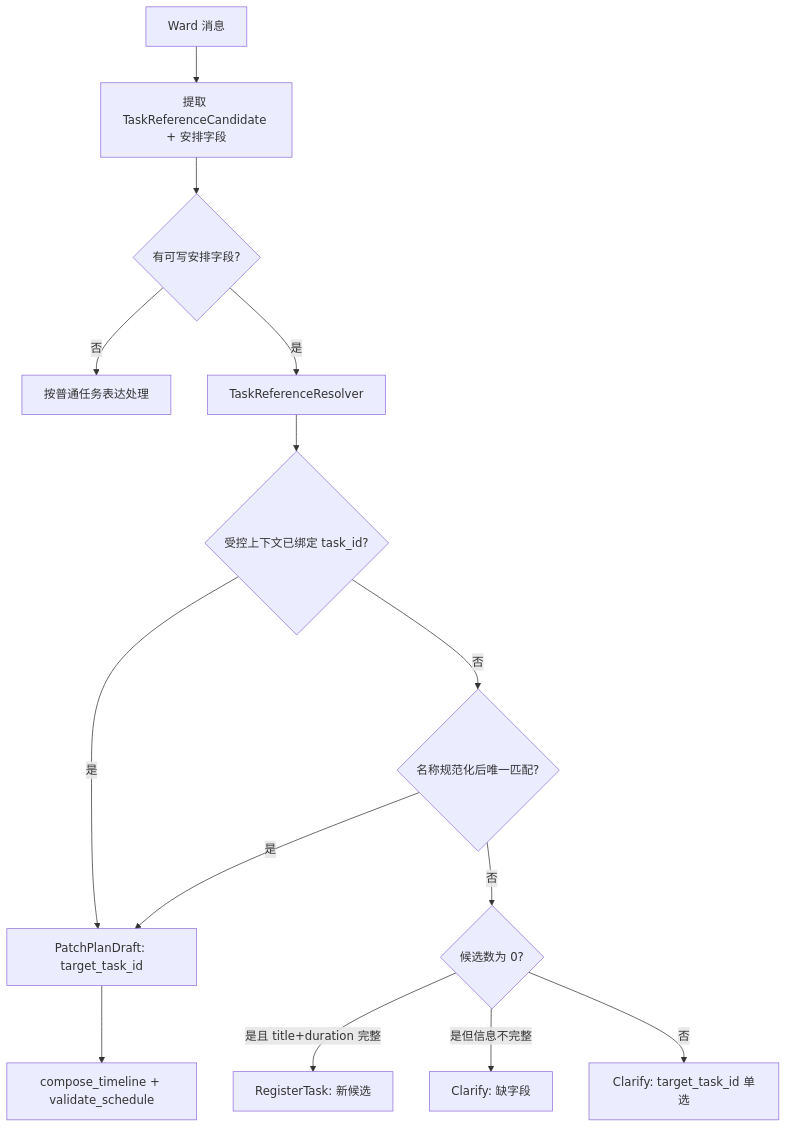
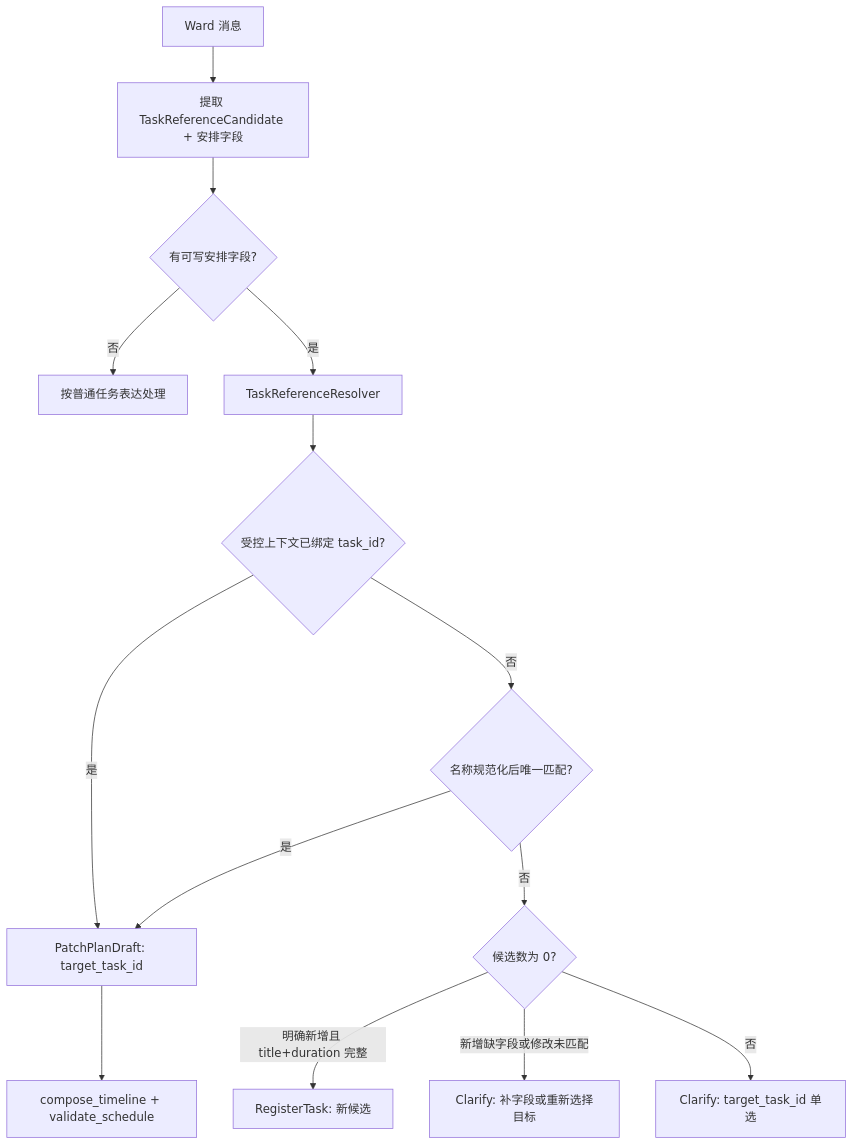
One commit to johanchow/duxue changed the fourth of 10 diagrams in docs/technical/domain-planning.md. Above: the diagram before and after it, drawn with Mermaid. The commit also changed other lines of this file and 26 other files, not shown here.

````diff
--- a/docs/technical/domain-planning.md
+++ b/docs/technical/domain-planning.md
@@ -182,16 +241,16 @@
 ```mermaid
 flowchart TD
     A[Ward 消息] --> B[提取 TaskReferenceCandidate + 安排字段]
     B --> C{有可写安排字段?}
     C -->|否| D[按普通任务表达处理]
     C -->|是| E[TaskReferenceResolver]
     E --> F{受控上下文已绑定 task_id?}
     F -->|是| P[PatchPlanDraft: target_task_id]
     F -->|否| G{名称规范化后唯一匹配?}
     G -->|是| P
     G -->|否| H{候选数为 0?}
-    H -->|是且 title+duration 完整| N[RegisterTask: 新候选]
-    H -->|是但信息不完整| I[Clarify: 缺字段]
+    H -->|明确新增且 title+duration 完整| N[RegisterTask: 新候选]
+    H -->|新增缺字段或修改未匹配| I[Clarify: 补字段或重新选择目标]
     H -->|否| J[Clarify: target_task_id 单选]
     P --> K[compose_timeline + validate_schedule]
 ```
````
